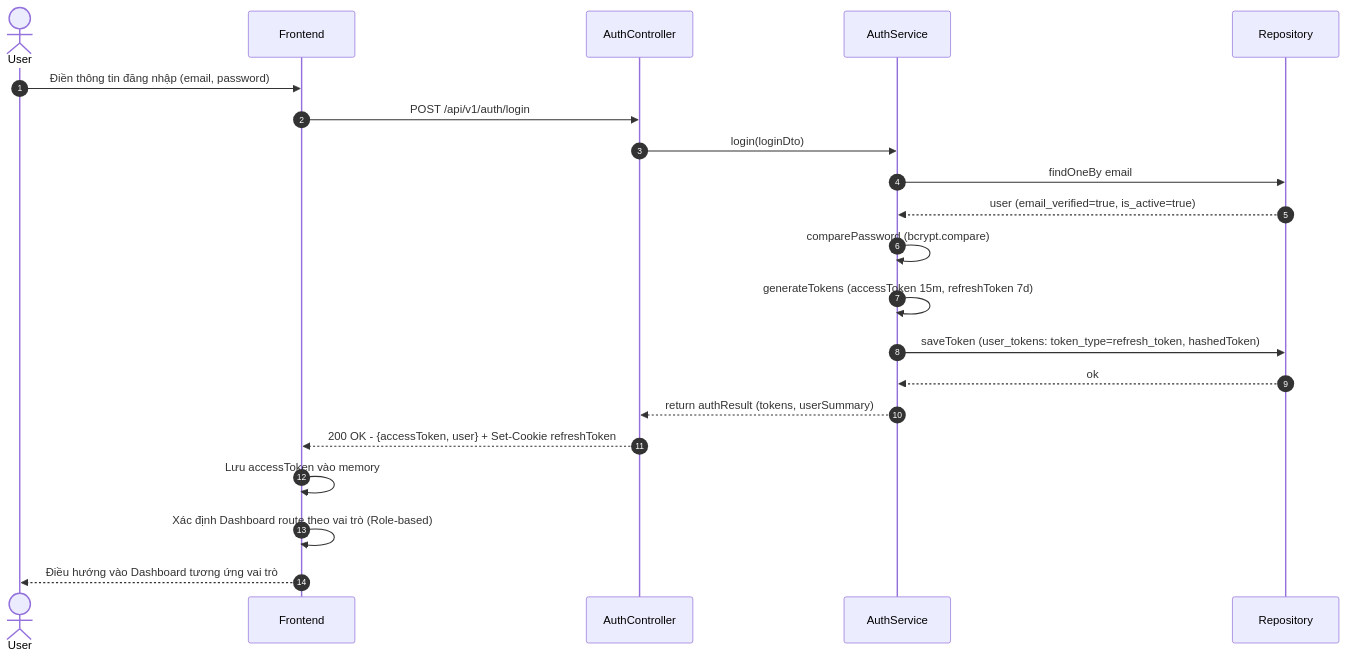
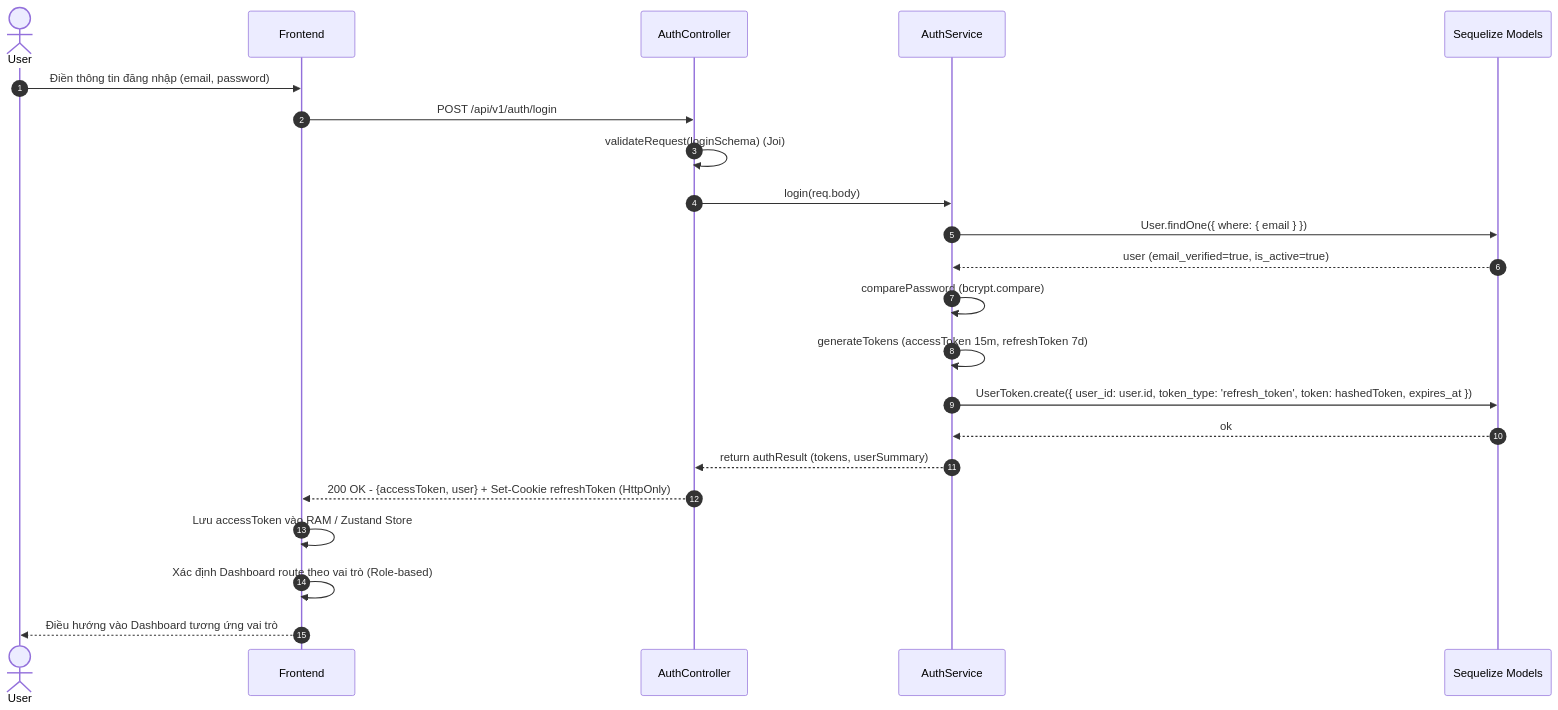
One commit to dunghvd79/eduverse changed the first of 2 diagrams in docs/sequences/seq-auth-002.md. Above: the diagram before and after it, drawn with Mermaid. The commit also changed other lines of this file and 11 other files, not shown here.

Commit message:
docs: synchronize sequence diagrams and API conventions to Express.js and Sequelize

````diff
--- a/docs/sequences/seq-auth-002.md
+++ b/docs/sequences/seq-auth-002.md
@@ -13,28 +13,29 @@
 ```mermaid
 sequenceDiagram
     autonumber
     actor User as User
     participant FE as Frontend
     participant CTRL as AuthController
     participant SVC as AuthService
-    participant DB as Repository
+    participant DB as Sequelize Models
 
     User->>FE: Điền thông tin đăng nhập (email, password)
     FE->>CTRL: POST /api/v1/auth/login
-    CTRL->>SVC: login(loginDto)
+    CTRL->>CTRL: validateRequest(loginSchema) (Joi)
+    CTRL->>SVC: login(req.body)
 
-    SVC->>DB: findOneBy email
+    SVC->>DB: User.findOne({ where: { email } })
     DB-->>SVC: user (email_verified=true, is_active=true)
 
     SVC->>SVC: comparePassword (bcrypt.compare)
     SVC->>SVC: generateTokens (accessToken 15m, refreshToken 7d)
 
-    SVC->>DB: saveToken (user_tokens: token_type=refresh_token, hashedToken)
+    SVC->>DB: UserToken.create({ user_id: user.id, token_type: 'refresh_token', token: hashedToken, expires_at })
     DB-->>SVC: ok
 
     SVC-->>CTRL: return authResult (tokens, userSummary)
-    CTRL-->>FE: 200 OK - {accessToken, user} + Set-Cookie refreshToken
-    FE->>FE: Lưu accessToken vào memory
+    CTRL-->>FE: 200 OK - {accessToken, user} + Set-Cookie refreshToken (HttpOnly)
+    FE->>FE: Lưu accessToken vào RAM / Zustand Store
     FE->>FE: Xác định Dashboard route theo vai trò (Role-based)
     FE-->>User: Điều hướng vào Dashboard tương ứng vai trò
 ```
````
